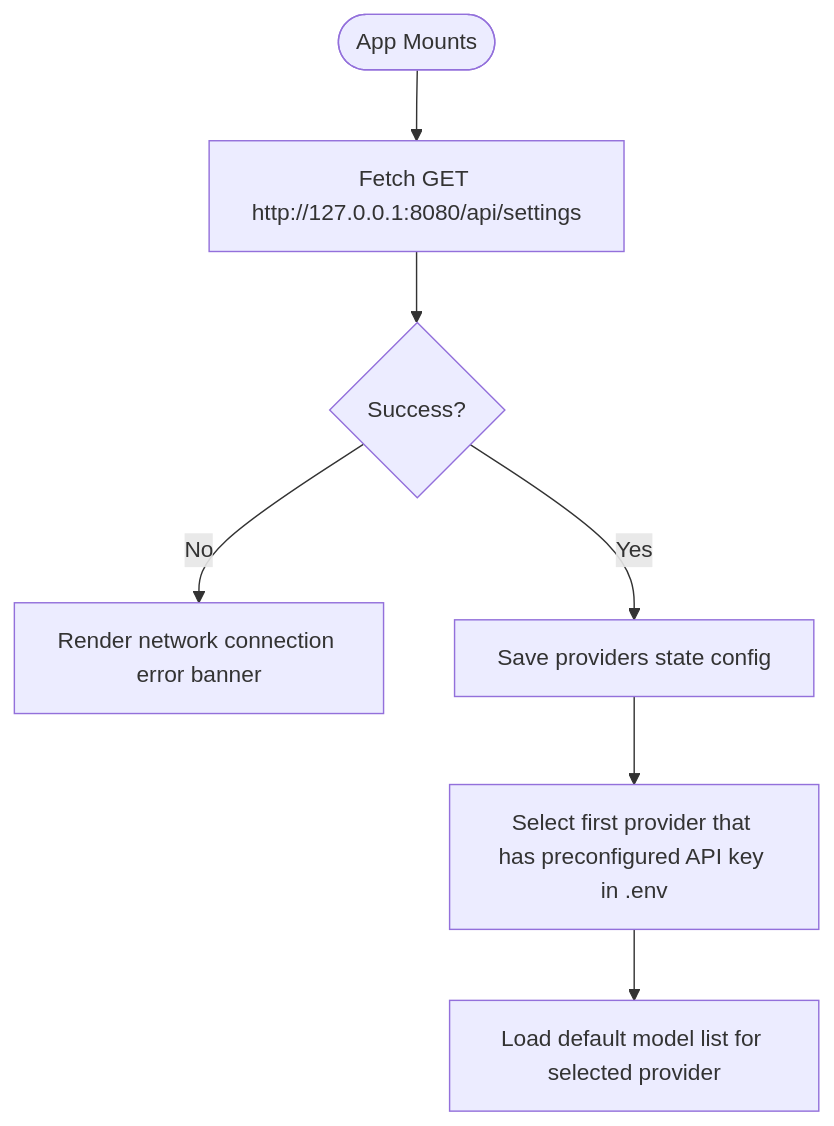
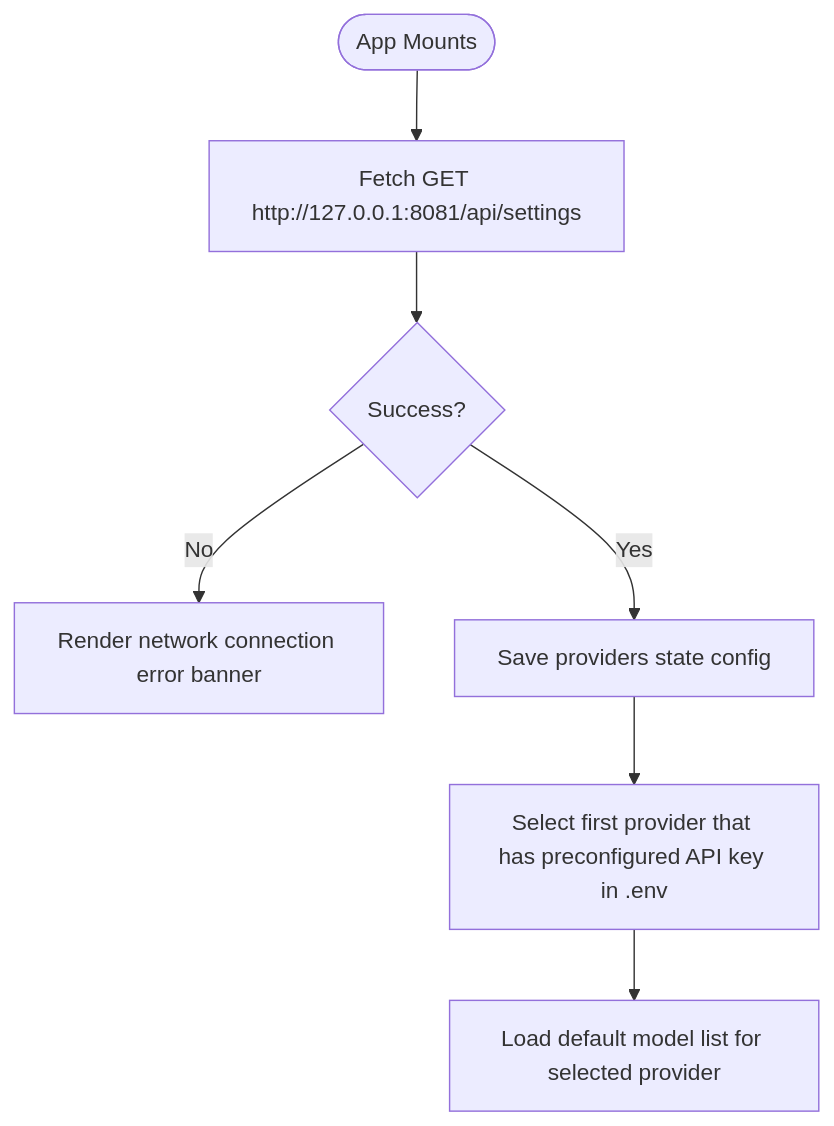
Before and after one commit to sshibinthomass/Autonomous-Multi-Agent: the diagram in implementation/frontend_implementation.md, drawn with Mermaid. The commit also changed other lines of this file and 34 other files, not shown here.

````diff
--- a/implementation/frontend_implementation.md
+++ b/implementation/frontend_implementation.md
@@ -124,9 +124,9 @@
 ```mermaid
 graph TD
-    A([App Mounts]) --> B[Fetch GET http://127.0.0.1:8080/api/settings]
+    A([App Mounts]) --> B[Fetch GET http://127.0.0.1:8081/api/settings]
     B --> C{Success?}
     C -- No --> D[Render network connection error banner]
     C -- Yes --> E[Save providers state config]
     E --> F[Select first provider that has preconfigured API key in .env]
     F --> G[Load default model list for selected provider]
 ```
````
